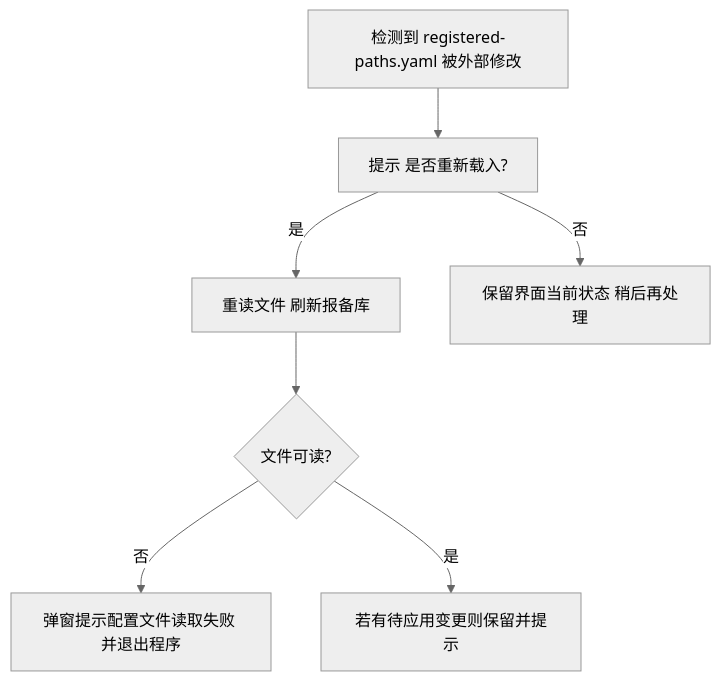
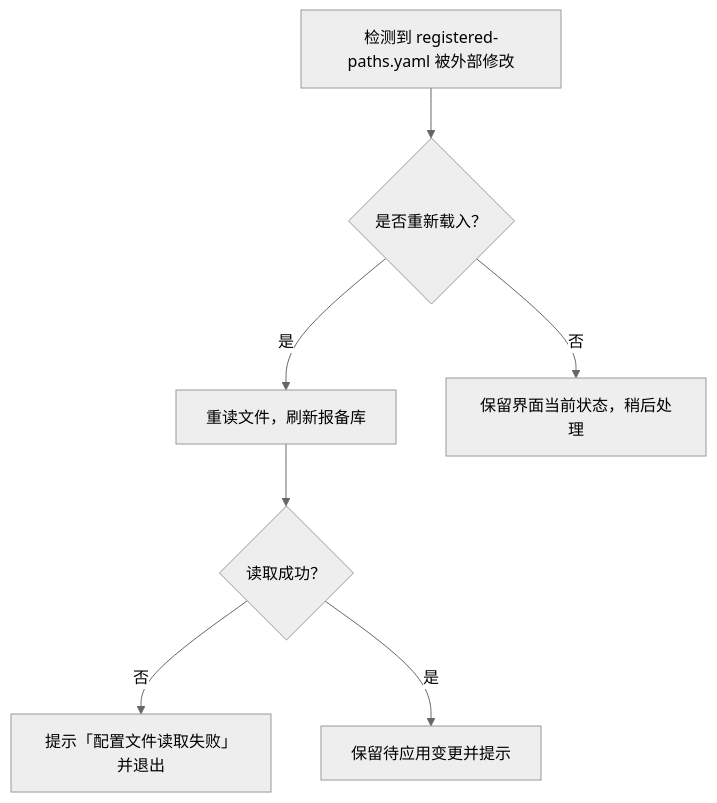
Before and after one commit to Adrts/tool2path: the second of 4 diagrams in design/Design Doc.md, drawn with Mermaid (neutral theme). The commit also changed other lines of this file, not shown here.

````diff
--- a/design/Design Doc.md
+++ b/design/Design Doc.md
@@ -417,9 +488,9 @@
 ```mermaid
 flowchart TD
-  A[检测到 registered-paths.yaml 被外部修改] --> B[提示 是否重新载入?]
-  B -- 是 --> C[重读文件 刷新报备库]
-  C --> D{文件可读?}
-  D -- 否 --> D1[弹窗提示配置文件读取失败 并退出程序]
-  D -- 是 --> E[若有待应用变更则保留并提示]
-  B -- 否 --> F[保留界面当前状态 稍后再处理]
+  A["检测到 registered-paths.yaml 被外部修改"] --> B{"是否重新载入？"}
+  B -- "是" --> C["重读文件，刷新报备库"]
+  C --> D{"读取成功？"}
+  D -- "否" --> D1["提示「配置文件读取失败」并退出"]
+  D -- "是" --> E["保留待应用变更并提示"]
+  B -- "否" --> F["保留界面当前状态，稍后处理"]
 ```
````
